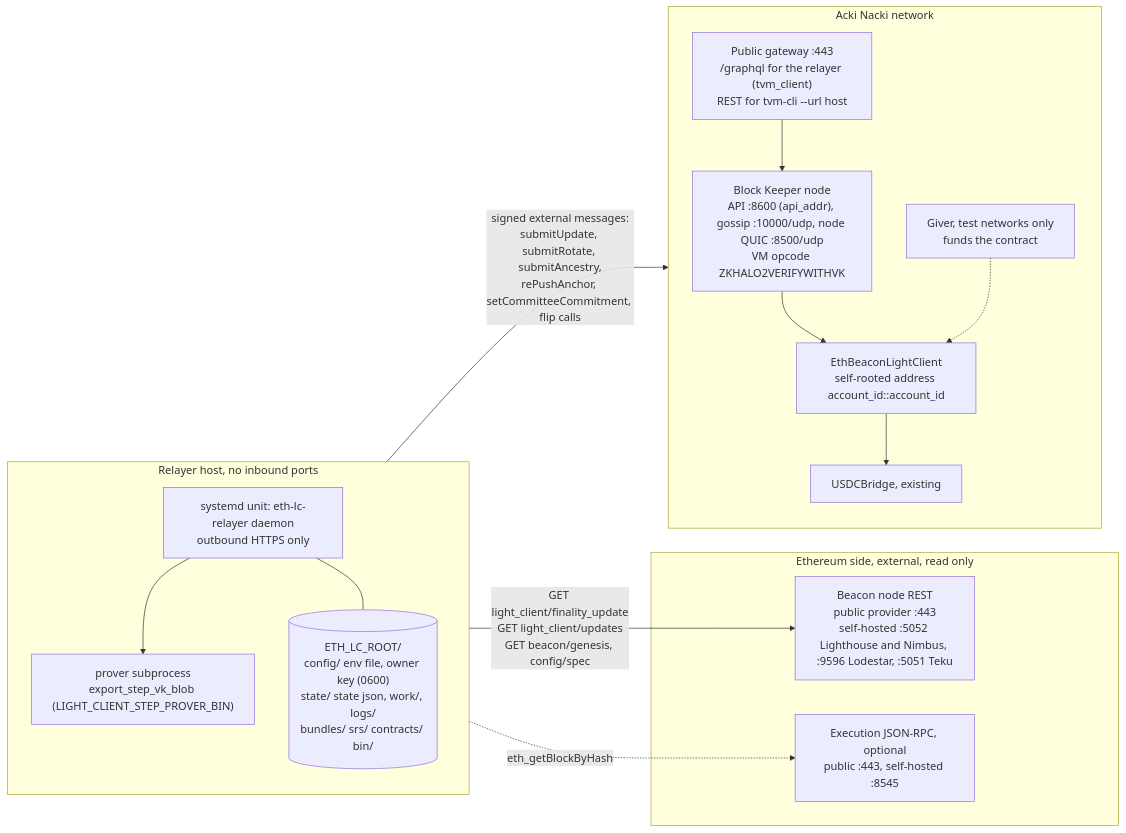
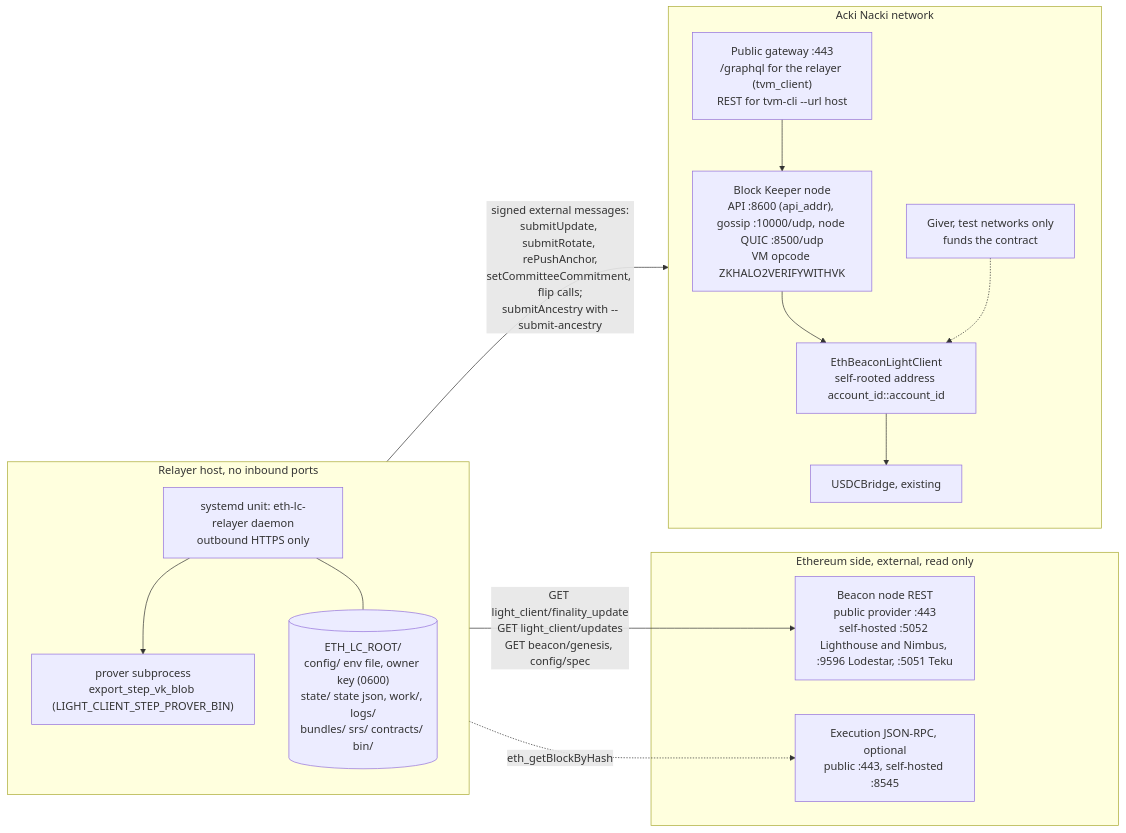
Before and after one commit to gosh-sh/bridge: the fifth of 5 diagrams in docs/eth-light-client.md, drawn with Mermaid. The commit also changed other lines of this file and 15 other files, not shown here.

````diff
--- a/docs/eth-light-client.md
+++ b/docs/eth-light-client.md
@@ -383,30 +388,30 @@
 ```mermaid
 flowchart LR
   subgraph EXT["Ethereum side, external, read only"]
     BN["Beacon node REST<br/>public provider :443<br/>self-hosted :5052 Lighthouse and Nimbus, :9596 Lodestar, :5051 Teku"]
     EN["Execution JSON-RPC, optional<br/>public :443, self-hosted :8545"]
   end
   subgraph RH["Relayer host, no inbound ports"]
     direction TB
     SVC["systemd unit: eth-lc-relayer daemon<br/>outbound HTTPS only"]
     PRV["prover subprocess<br/>export_step_vk_blob (LIGHT_CLIENT_STEP_PROVER_BIN)"]
     FS[("ETH_LC_ROOT/<br/>config/ env file, owner key (0600)<br/>state/ state json, work/, logs/<br/>bundles/ srs/ contracts/ bin/")]
     SVC --> PRV
     SVC --- FS
   end
   subgraph ANN["Acki Nacki network"]
     direction TB
     GW["Public gateway :443<br/>/graphql for the relayer (tvm_client)<br/>REST for tvm-cli --url host"]
     NODE["Block Keeper node<br/>API :8600 (api_addr), gossip :10000/udp, node QUIC :8500/udp<br/>VM opcode ZKHALO2VERIFYWITHVK"]
     LC["EthBeaconLightClient<br/>self-rooted address account_id::account_id"]
     UB["USDCBridge, existing"]
     GIV["Giver, test networks only<br/>funds the contract"]
     GW --> NODE
     NODE --> LC
     LC --> UB
     GIV -.-> LC
   end
   SVC -- "GET light_client/finality_update<br/>GET light_client/updates<br/>GET beacon/genesis, config/spec" --> BN
   SVC -. "eth_getBlockByHash" .-> EN
-  SVC -- "signed external messages:<br/>submitUpdate, submitRotate, submitAncestry,<br/>rePushAnchor, setCommitteeCommitment, flip calls" --> GW
+  SVC -- "signed external messages:<br/>submitUpdate, submitRotate, rePushAnchor,<br/>setCommitteeCommitment, flip calls;<br/>submitAncestry with --submit-ancestry" --> GW
 ```
````
